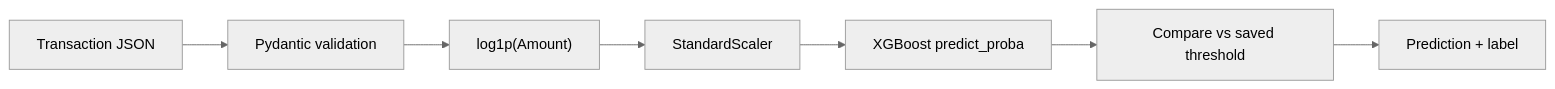
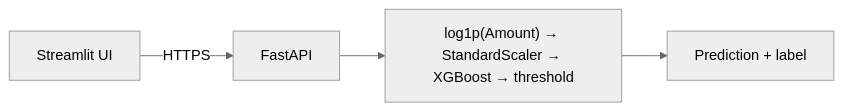
One commit to KashishPundir/CreditCard-Fraud-Detection changed the second of 2 diagrams in README.md. Above: the diagram before and after it, drawn with Mermaid (neutral theme). The commit also changed other lines of this file, not shown here.

````diff
--- a/README.md
+++ b/README.md
@@ -297,9 +119,6 @@
 ```mermaid
 flowchart LR
-    A[Transaction JSON] --> B[Pydantic validation]
-    B --> C["log1p(Amount)"]
-    C --> D[StandardScaler]
-    D --> E["XGBoost predict_proba"]
-    E --> F[Compare vs saved threshold]
-    F --> G[Prediction + label]
+    U[Streamlit UI] -->|HTTPS| A[FastAPI]
+    A --> B["log1p(Amount) → StandardScaler → XGBoost → threshold"]
+    B --> R[Prediction + label]
 ```
````
